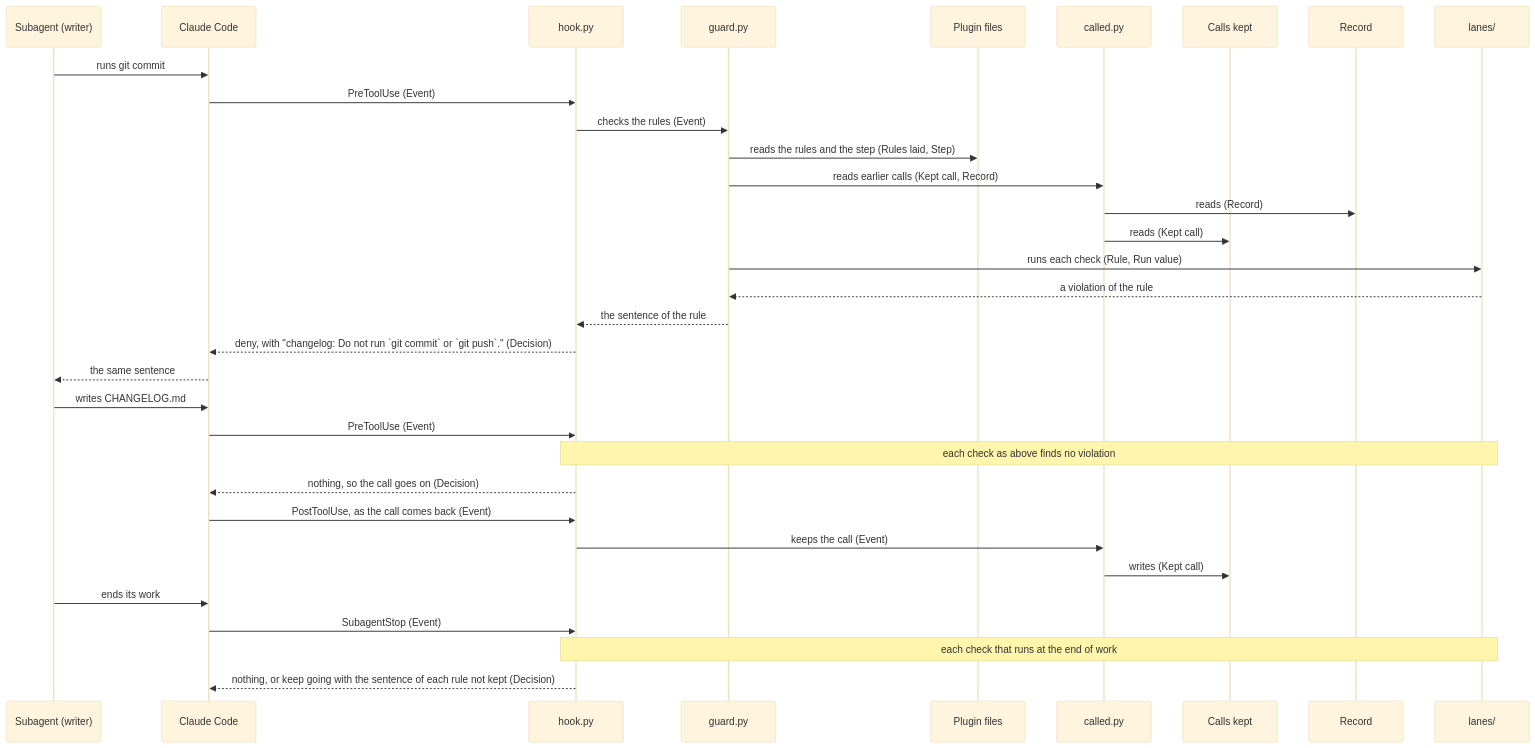
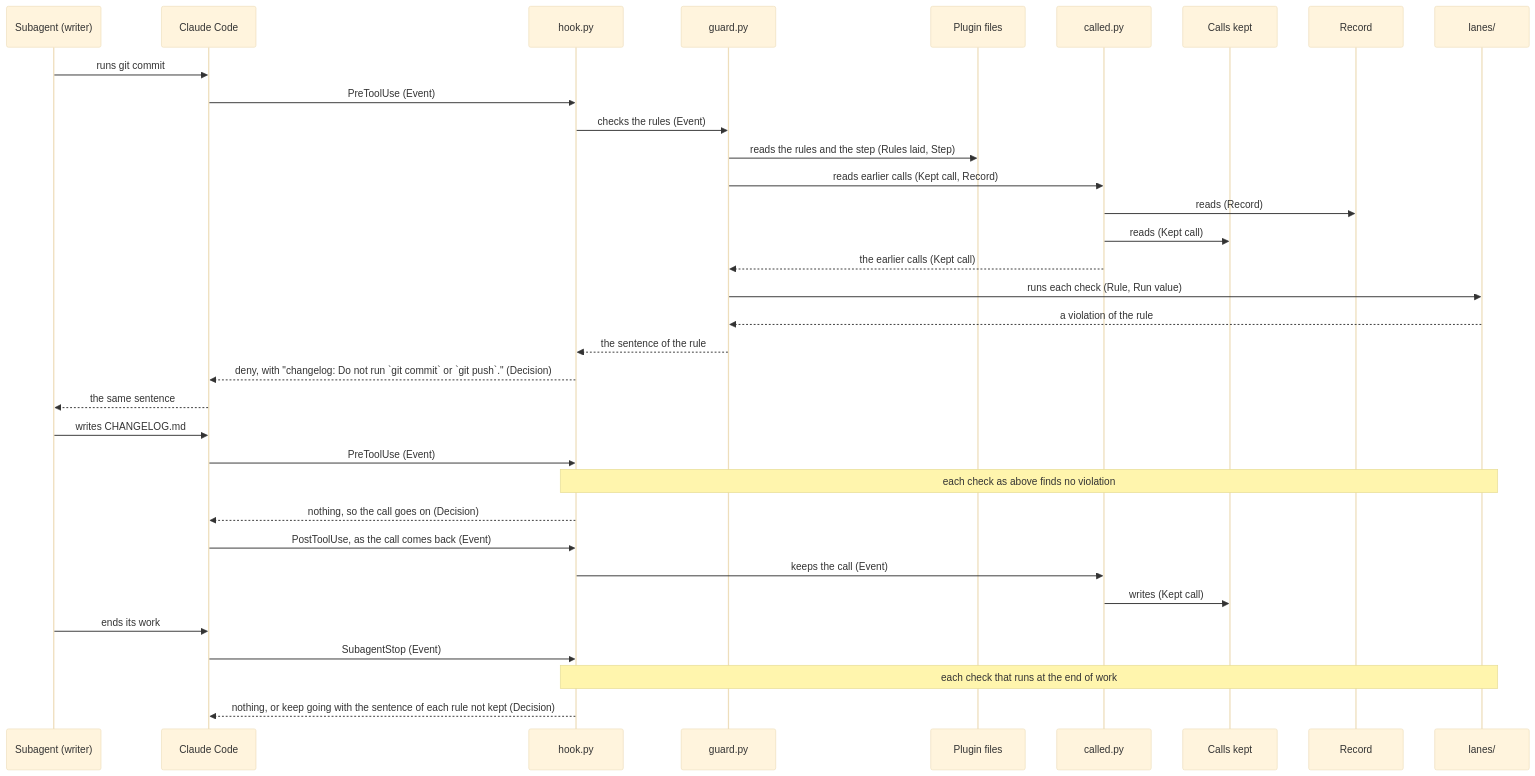
The fourth of 7 diagrams in dev/lane/architecture.md (lovaizu/ccpm), drawn with Mermaid (base theme) before and after one commit. The commit also changed other lines of this file and 2 other files, not shown here.

First line of the commit message:
Mend lane's UX, README and architecture on a fresh evaluator's reading

````diff
--- a/dev/lane/architecture.md
+++ b/dev/lane/architecture.md
@@ -279,35 +299,36 @@
 ```mermaid
 sequenceDiagram
   participant SA as Subagent (writer)
   participant CC as Claude Code
   participant H as hook.py
   participant G as guard.py
   participant PF as Plugin files
   participant C as called.py
   participant K as Calls kept
   participant RE as Record
   participant LN as lanes/
   SA->>CC: runs git commit
   CC->>H: PreToolUse (Event)
   H->>G: checks the rules (Event)
   G->>PF: reads the rules and the step (Rules laid, Step)
   G->>C: reads earlier calls (Kept call, Record)
   C->>RE: reads (Record)
   C->>K: reads (Kept call)
+  C-->>G: the earlier calls (Kept call)
   G->>LN: runs each check (Rule, Run value)
   LN-->>G: a violation of the rule
   G-->>H: the sentence of the rule
   H-->>CC: deny, with "changelog: Do not run `git commit` or `git push`." (Decision)
   CC-->>SA: the same sentence
   SA->>CC: writes CHANGELOG.md
   CC->>H: PreToolUse (Event)
   Note over H,LN: each check as above finds no violation
   H-->>CC: nothing, so the call goes on (Decision)
   CC->>H: PostToolUse, as the call comes back (Event)
   H->>C: keeps the call (Event)
   C->>K: writes (Kept call)
   SA->>CC: ends its work
   CC->>H: SubagentStop (Event)
   Note over H,LN: each check that runs at the end of work
   H-->>CC: nothing, or keep going with the sentence of each rule not kept (Decision)
 ```
````
